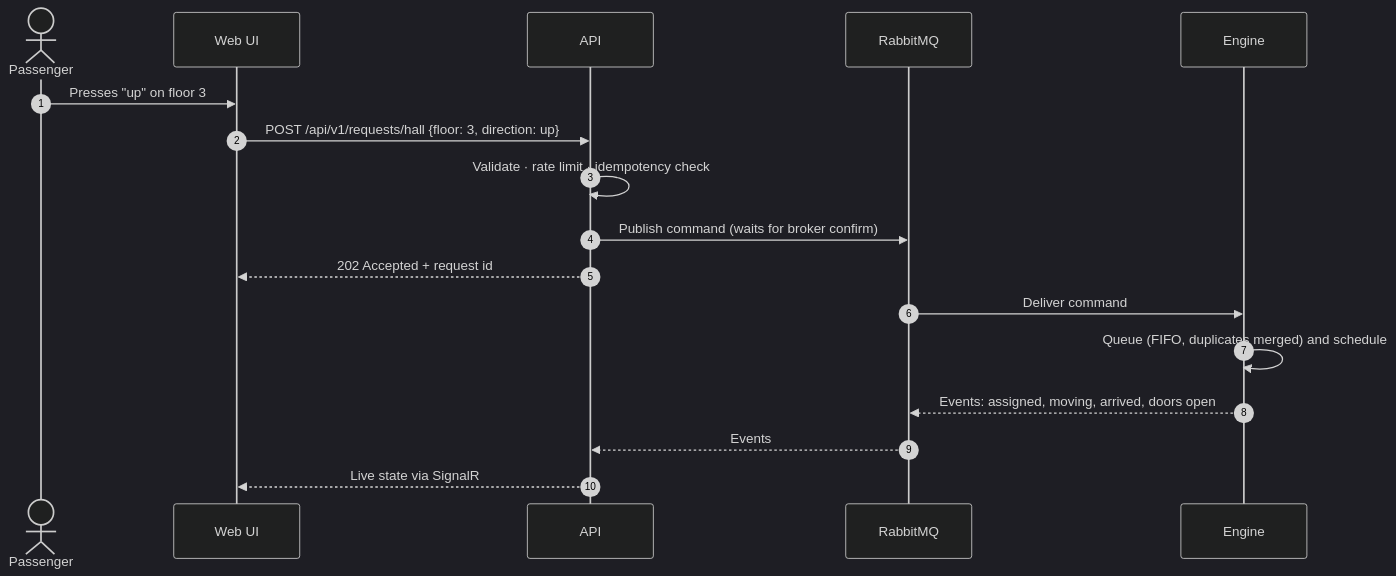
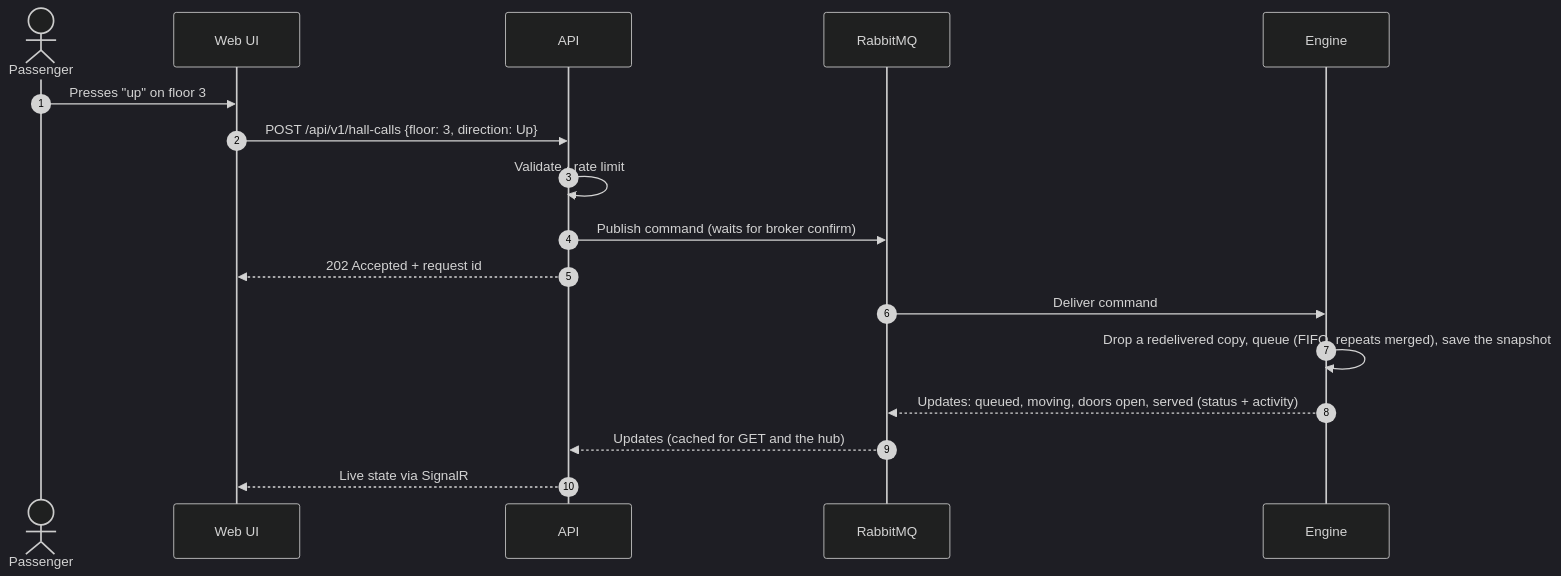
One commit to onlygreb/ElevatorSystem changed the second of 3 diagrams in README.md. Above: the diagram before and after it, drawn with Mermaid (dark theme). The commit also changed other lines of this file and 7 other files, not shown here.

````diff
--- a/README.md
+++ b/README.md
@@ -118,20 +119,20 @@
 ```mermaid
 sequenceDiagram
     autonumber
     actor P as Passenger
     participant UI as Web UI
     participant API as API
     participant MQ as RabbitMQ
     participant EN as Engine
 
     P->>UI: Presses "up" on floor 3
-    UI->>API: POST /api/v1/requests/hall {floor: 3, direction: up}
-    API->>API: Validate · rate limit · idempotency check
+    UI->>API: POST /api/v1/hall-calls {floor: 3, direction: Up}
+    API->>API: Validate · rate limit
     API->>MQ: Publish command (waits for broker confirm)
     API-->>UI: 202 Accepted + request id
     MQ->>EN: Deliver command
-    EN->>EN: Queue (FIFO, duplicates merged) and schedule
-    EN-->>MQ: Events: assigned, moving, arrived, doors open
-    MQ-->>API: Events
+    EN->>EN: Drop a redelivered copy, queue (FIFO, repeats merged), save the snapshot
+    EN-->>MQ: Updates: queued, moving, doors open, served (status + activity)
+    MQ-->>API: Updates (cached for GET and the hub)
     API-->>UI: Live state via SignalR
 ```
````
